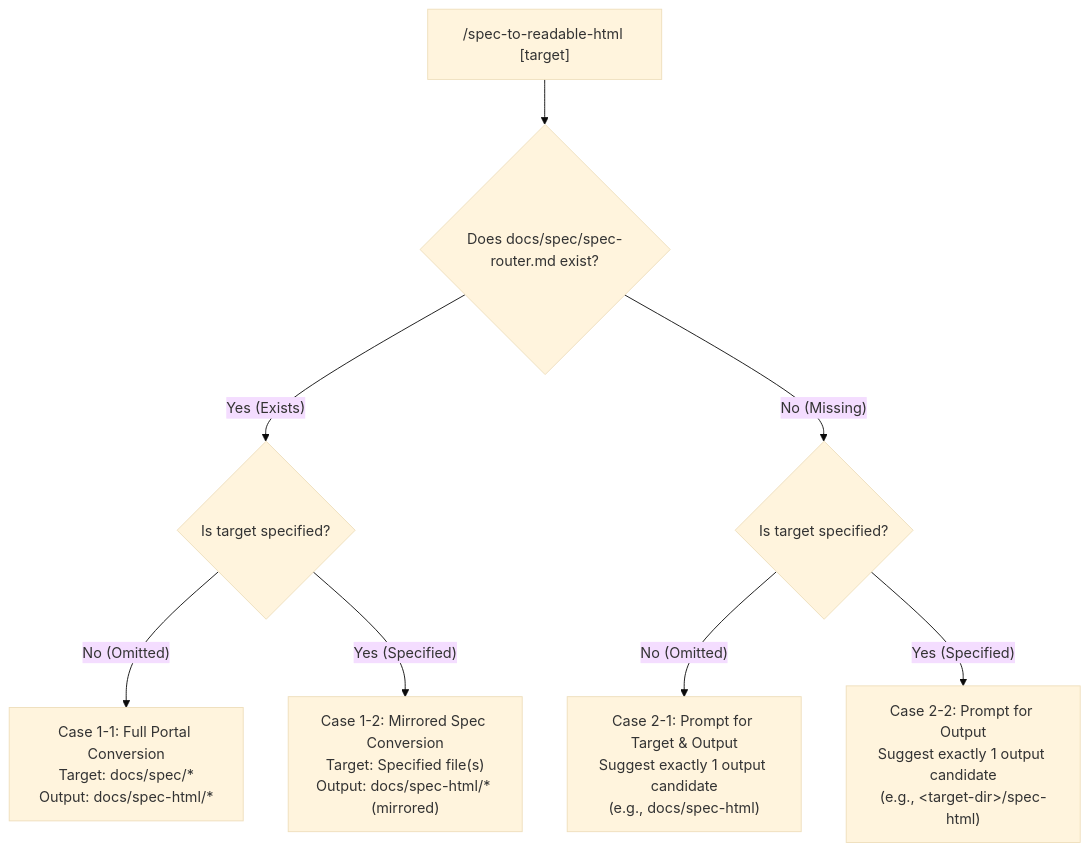
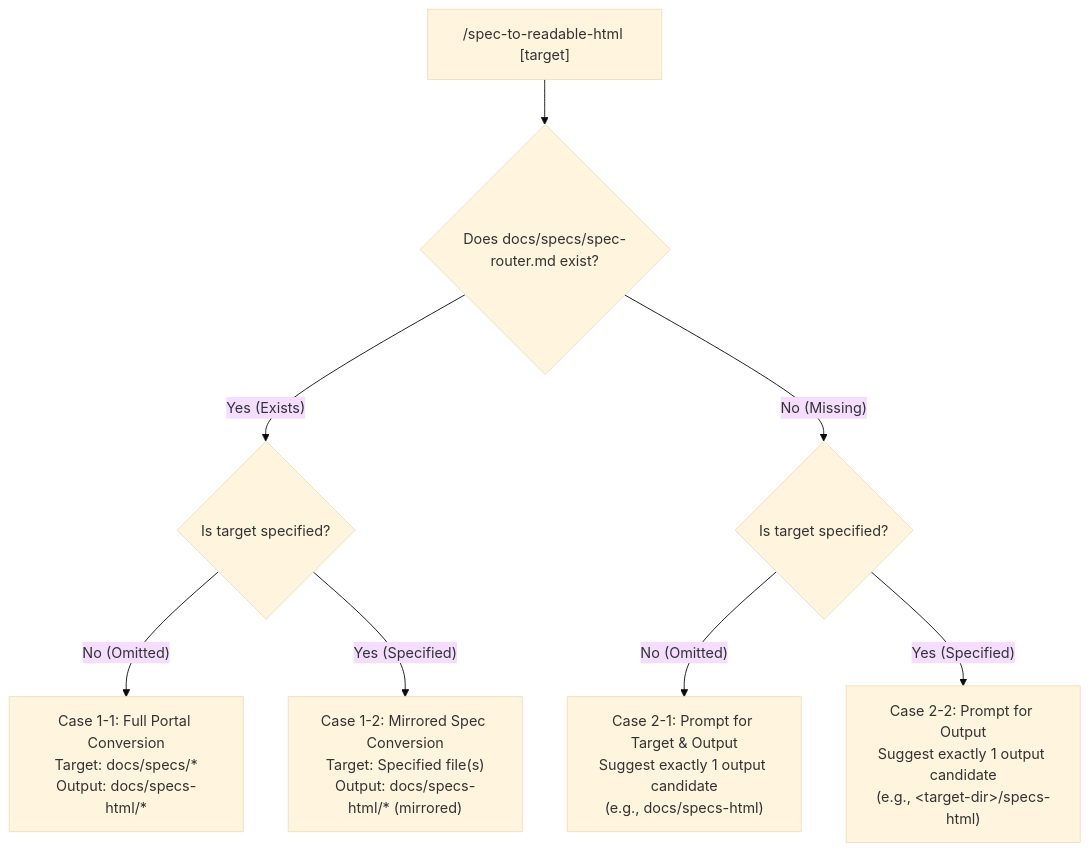
The diagram in spec-to-readable-html/SKILL.md (nebula121/spec-to-readable-html), drawn with Mermaid (base theme) before and after one commit. The commit also changed other lines of this file and 3 other files, not shown here.

Commit message:
wip: feat: update default spec target to docs/specs and output to docs/specs-html (Ref: #10)

````diff
--- a/spec-to-readable-html/SKILL.md
+++ b/spec-to-readable-html/SKILL.md
@@ -24,12 +24,12 @@
 ```mermaid
 flowchart TD
-    Start["/spec-to-readable-html [target]"] --> CheckRouter{"Does docs/spec/spec-router.md exist?"}
+    Start["/spec-to-readable-html [target]"] --> CheckRouter{"Does docs/specs/spec-router.md exist?"}
     
     CheckRouter -- "Yes (Exists)" --> CheckTargetYes{"Is target specified?"}
-    CheckTargetYes -- "No (Omitted)" --> Case11["Case 1-1: Full Portal Conversion<br/>Target: docs/spec/*<br/>Output: docs/spec-html/*"]
-    CheckTargetYes -- "Yes (Specified)" --> Case12["Case 1-2: Mirrored Spec Conversion<br/>Target: Specified file(s)<br/>Output: docs/spec-html/* (mirrored)"]
+    CheckTargetYes -- "No (Omitted)" --> Case11["Case 1-1: Full Portal Conversion<br/>Target: docs/specs/*<br/>Output: docs/specs-html/*"]
+    CheckTargetYes -- "Yes (Specified)" --> Case12["Case 1-2: Mirrored Spec Conversion<br/>Target: Specified file(s)<br/>Output: docs/specs-html/* (mirrored)"]
 
     CheckRouter -- "No (Missing)" --> CheckTargetNo{"Is target specified?"}
-    CheckTargetNo -- "No (Omitted)" --> Case21["Case 2-1: Prompt for Target & Output<br/>Suggest exactly 1 output candidate<br/>(e.g., docs/spec-html)"]
-    CheckTargetNo -- "Yes (Specified)" --> Case22["Case 2-2: Prompt for Output<br/>Suggest exactly 1 output candidate<br/>(e.g., &lt;target-dir&gt;/spec-html)"]
+    CheckTargetNo -- "No (Omitted)" --> Case21["Case 2-1: Prompt for Target & Output<br/>Suggest exactly 1 output candidate<br/>(e.g., docs/specs-html)"]
+    CheckTargetNo -- "Yes (Specified)" --> Case22["Case 2-2: Prompt for Output<br/>Suggest exactly 1 output candidate<br/>(e.g., &lt;target-dir&gt;/specs-html)"]
 ```
````
